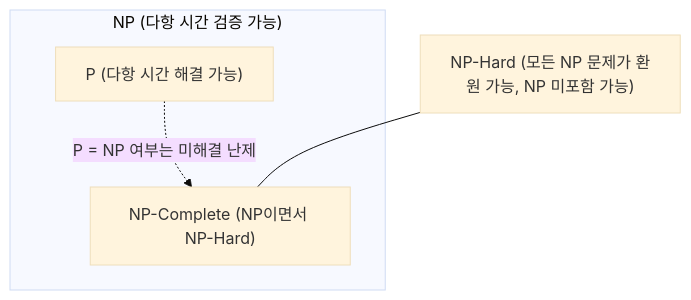
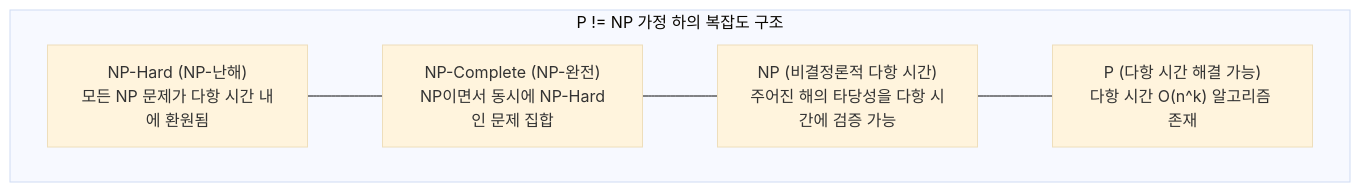
The diagram in ComputerScience/06_algorithms-graphics/algorithm-design-analysis/notes/10. NP-완전성과 근사 알고리즘.md (umyunsang/edu), drawn with Mermaid (base theme) before and after one commit. The commit also changed other lines of this file and 72 other files, not shown here.

````diff
--- a/ComputerScience/06_algorithms-graphics/algorithm-design-analysis/notes/10. NP-완전성과 근사 알고리즘.md
+++ b/ComputerScience/06_algorithms-graphics/algorithm-design-analysis/notes/10. NP-완전성과 근사 알고리즘.md
@@ -35,10 +33,13 @@
 ```mermaid
-flowchart TD
-    NP_HARD["NP-Hard (모든 NP 문제가 환원 가능, NP 미포함 가능)"]
-    subgraph NP_SPACE["NP (다항 시간 검증 가능)"]
-        NPC["NP-Complete (NP이면서 NP-Hard)"]
-        P["P (다항 시간 해결 가능)"]
-        P -. "P = NP 여부는 미해결 난제" .-> NPC
+graph TD
+    subgraph P_NEQ_NP["P != NP 가정 하의 복잡도 구조"]
+        NPH["NP-Hard (NP-난해)<br/>모든 NP 문제가 다항 시간 내에 환원됨"]
+        NPC["NP-Complete (NP-완전)<br/>NP이면서 동시에 NP-Hard인 문제 집합"]
+        NP["NP (비결정론적 다항 시간)<br/>주어진 해의 타당성을 다항 시간에 검증 가능"]
+        P["P (다항 시간 해결 가능)<br/>다항 시간 O(n^k) 알고리즘 존재"]
+        
+        NPH --- NPC
+        NPC --- NP
+        NP --- P
     end
-    NP_HARD --- NPC
 ```
````
